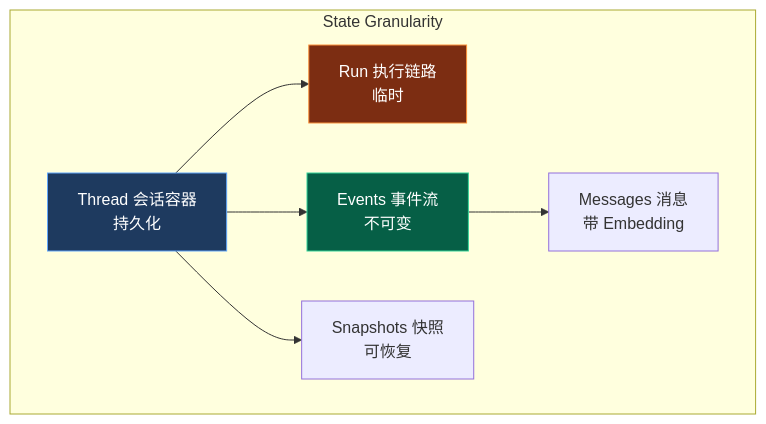
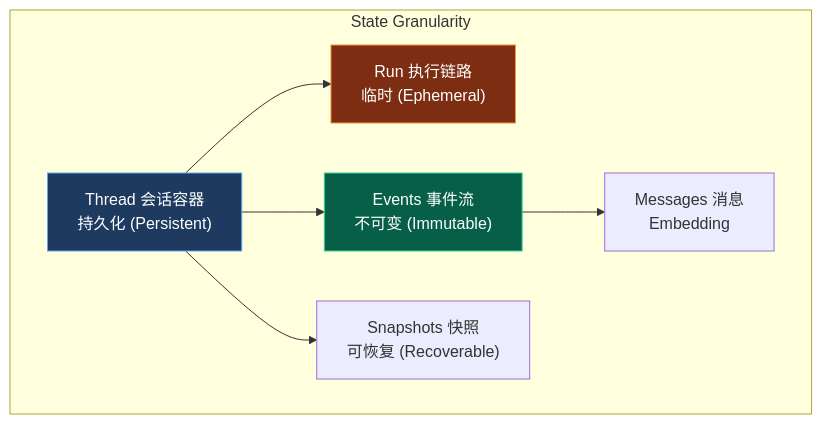
The second of 7 diagrams in docs/engine/010-the-pulse.md (ThreeFish-AI/agentic-ai-cognizes), drawn with Mermaid before and after one commit. The commit also changed other lines of this file, not shown here.

````diff
--- a/docs/engine/010-the-pulse.md
+++ b/docs/engine/010-the-pulse.md
@@ -79,13 +82,19 @@
 ```mermaid
 graph TB
     subgraph "State Granularity"
-        T[Thread 会话容器<br/>持久化] --> R[Run 执行链路<br/>临时]
-        T --> E[Events 事件流<br/>不可变]
-        E --> M[Messages 消息<br/>带 Embedding]
-        T --> S[Snapshots 快照<br/>可恢复]
+        T["Thread 会话容器<br/>持久化 (Persistent)"]
+        R["Run 执行链路<br/>临时 (Ephemeral)"]
+        E["Events 事件流<br/>不可变 (Immutable)"]
+        M[Messages 消息<br/>Embedding]
+        S["Snapshots 快照<br/>可恢复 (Recoverable)"]
+
+        T --> R
+        T --> E
+        T --> S
+        E --> M
     end
 
     style T fill:#1e3a5f,stroke:#60a5fa,color:#fff
     style R fill:#7c2d12,stroke:#fb923c,color:#fff
     style E fill:#065f46,stroke:#34d399,color:#fff
 ```
````
